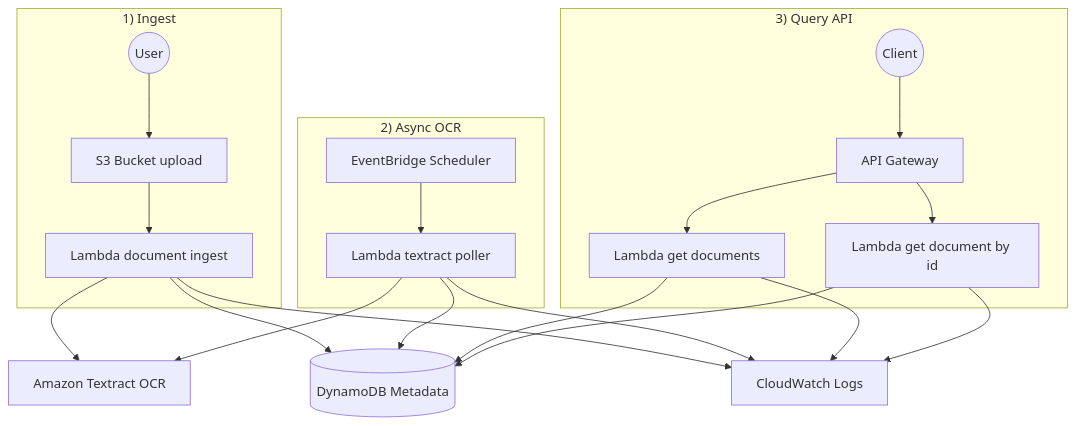
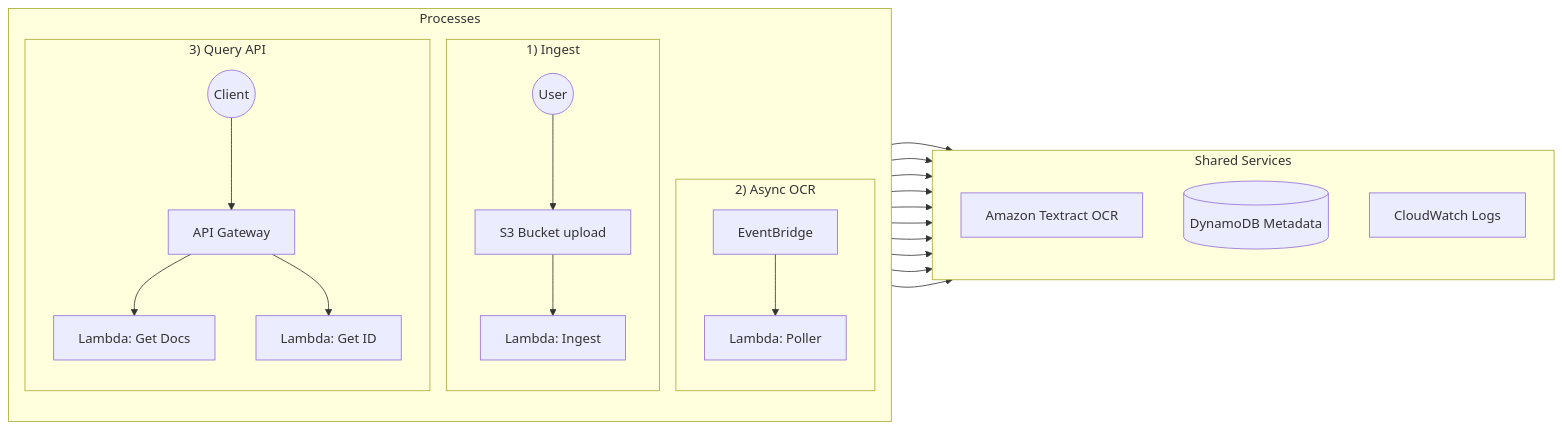
The diagram in README.md (YogithR/Serverless-Document-Processing-Pipeline-AWS-), drawn with Mermaid before and after one commit.

````diff
--- a/README.md
+++ b/README.md
@@ -12,34 +12,35 @@
 ```mermaid
-flowchart TD
+flowchart LR
 
-    %% 1) INGEST
-    subgraph Ingest ["1) Ingest"]
-        U((User)) --> S3[S3 Bucket upload]
-        S3 --> L1[Lambda document ingest]
+    %% Vertical logic for the main processes
+    subgraph Processes
+        direction TB
+        subgraph Ingest ["1) Ingest"]
+            U((User)) --> S3[S3 Bucket upload]
+            S3 --> L1[Lambda: Ingest]
+        end
+
+        subgraph Async ["2) Async OCR"]
+            EB[EventBridge] --> L2[Lambda: Poller]
+        end
+
+        subgraph API ["3) Query API"]
+            C((Client)) --> APIGW[API Gateway]
+            APIGW --> L3[Lambda: Get Docs]
+            APIGW --> L4[Lambda: Get ID]
+        end
     end
 
-    %% 2) ASYNC
-    subgraph Async ["2) Async OCR"]
-        EB[EventBridge Scheduler] --> L2[Lambda textract poller]
+    %% Shared Services moved to the right to stop line crossing
+    subgraph Shared ["Shared Services"]
+        direction TB
+        TX[Amazon Textract OCR]
+        DDB[(DynamoDB Metadata)]
+        CW[CloudWatch Logs]
     end
 
-    %% 3) API
-    subgraph API ["3) Query API"]
-        C((Client)) --> APIGW[API Gateway]
-        APIGW --> L3[Lambda get documents]
-        APIGW --> L4[Lambda get document by id]
-    end
-
-    %% Shared Resources positioned to balance the lines
-    TX[Amazon Textract OCR]
-    DDB[(DynamoDB Metadata)]
-    CW[CloudWatch Logs]
-
-    %% Main Logic Connections
-    L1 --> TX
-    L2 --> TX
-    
-    %% Data Connections (Grouped to prevent crossing)
+    %% Clear, non-crossing horizontal connections
+    L1 & L2 --> TX
     L1 & L2 & L3 & L4 --> DDB
     L1 & L2 & L3 & L4 --> CW
 ```
````
